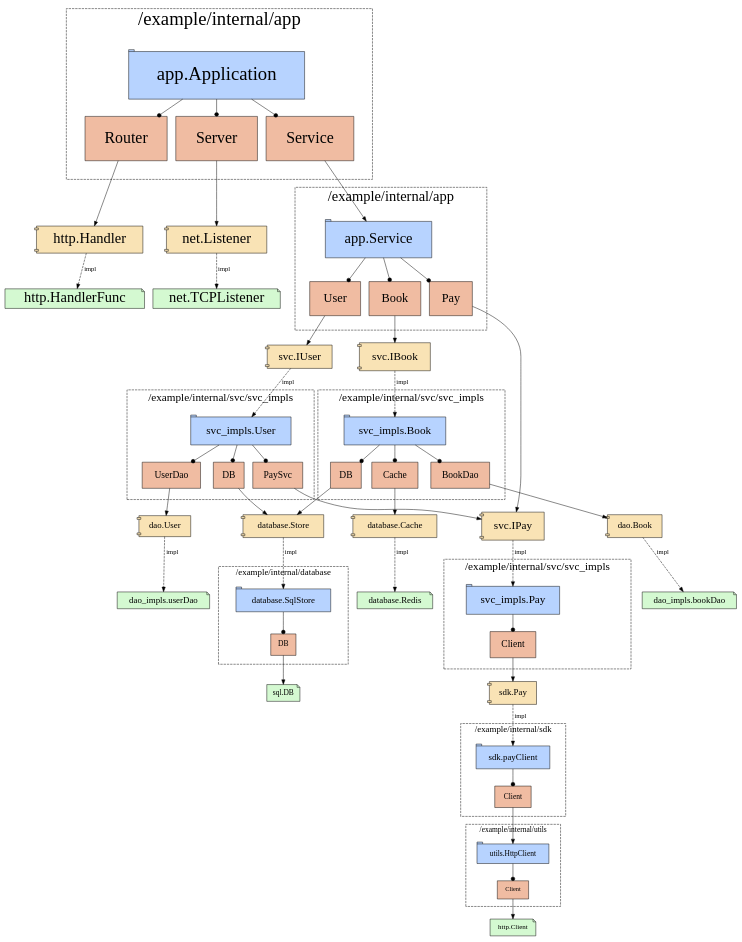
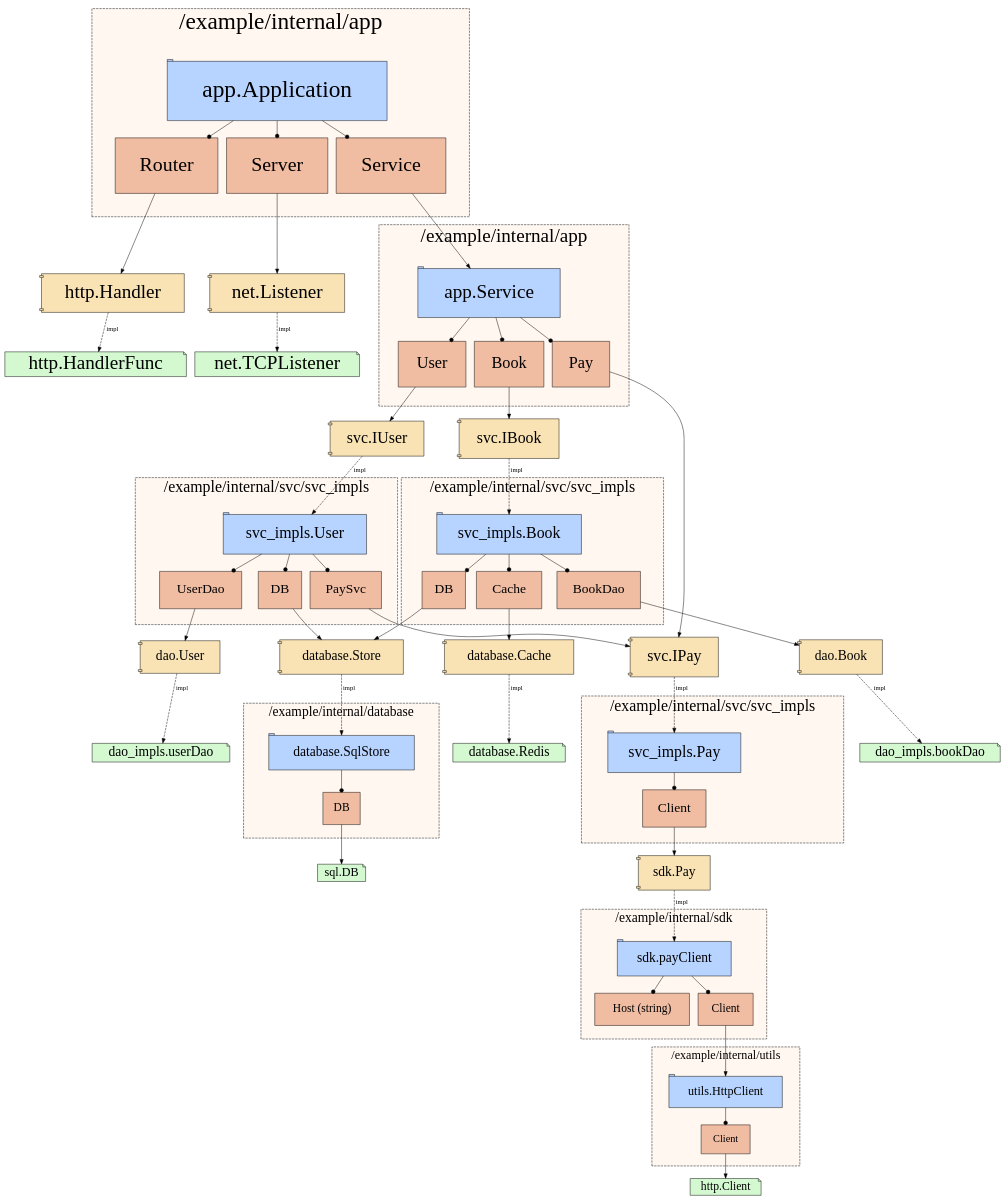
The diagram in example/test.dot (Just-maple/structgraph), drawn with Graphviz before and after one commit. The commit also changed 6 other files, not shown here.

```diff
--- a/example/test.dot
+++ b/example/test.dot
@@ -1,185 +1,198 @@
 digraph Application {
 	"app.Application"->"app.Application:Router"[ arrowhead=dot ];
 	"app.Application:Router"->"http.Handler";
 	"http.Handler"->"http.HandlerFunc"[ label=impl, style=dashed ];
 	"app.Application"->"app.Application:Server"[ arrowhead=dot ];
 	"app.Application:Server"->"net.Listener";
 	"net.Listener"->"net.TCPListener"[ label=impl, style=dashed ];
 	"app.Application"->"app.Application:Service"[ arrowhead=dot ];
 	"app.Application:Service"->"app.Service";
 	"app.Service"->"app.Service:User"[ arrowhead=dot ];
 	"app.Service:User"->"svc.IUser";
 	"svc.IUser"->"svc_impls.User"[ label=impl, style=dashed ];
 	"svc_impls.User"->"svc_impls.User:UserDao"[ arrowhead=dot ];
 	"svc_impls.User:UserDao"->"dao.User";
 	"dao.User"->"dao_impls.userDao"[ label=impl, style=dashed ];
 	"svc_impls.User"->"svc_impls.User:DB"[ arrowhead=dot ];
 	"svc_impls.User:DB"->"database.Store";
 	"database.Store"->"database.SqlStore"[ label=impl, style=dashed ];
 	"database.SqlStore"->"database.SqlStore:DB"[ arrowhead=dot ];
 	"database.SqlStore:DB"->"sql.DB";
 	"svc_impls.User"->"svc_impls.User:PaySvc"[ arrowhead=dot ];
 	"svc_impls.User:PaySvc"->"svc.IPay";
 	"svc.IPay"->"svc_impls.Pay"[ label=impl, style=dashed ];
 	"svc_impls.Pay"->"svc_impls.Pay:Client"[ arrowhead=dot ];
 	"svc_impls.Pay:Client"->"sdk.Pay";
 	"sdk.Pay"->"sdk.payClient"[ label=impl, style=dashed ];
+	"sdk.payClient"->"sdk.payClient:Host (string)"[ arrowhead=dot ];
 	"sdk.payClient"->"sdk.payClient:Client"[ arrowhead=dot ];
 	"sdk.payClient:Client"->"utils.HttpClient";
 	"utils.HttpClient"->"utils.HttpClient:Client"[ arrowhead=dot ];
 	"utils.HttpClient:Client"->"http.Client";
 	"app.Service"->"app.Service:Book"[ arrowhead=dot ];
 	"app.Service:Book"->"svc.IBook";
 	"svc.IBook"->"svc_impls.Book"[ label=impl, style=dashed ];
 	"svc_impls.Book"->"svc_impls.Book:DB"[ arrowhead=dot ];
 	"svc_impls.Book:DB"->"database.Store";
 	"svc_impls.Book"->"svc_impls.Book:Cache"[ arrowhead=dot ];
 	"svc_impls.Book:Cache"->"database.Cache";
 	"database.Cache"->"database.Redis"[ label=impl, style=dashed ];
 	"svc_impls.Book"->"svc_impls.Book:BookDao"[ arrowhead=dot ];
 	"svc_impls.Book:BookDao"->"dao.Book";
 	"dao.Book"->"dao_impls.bookDao"[ label=impl, style=dashed ];
 	"app.Service"->"app.Service:Pay"[ arrowhead=dot ];
 	"app.Service:Pay"->"svc.IPay";
 	subgraph "cluster_app.Application" {
-	fontsize=40;
+	fillcolor="#fff7f0";
+	fontsize=50;
 	label="/example/internal/app";
 	labelloc=t;
-	margin=40;
-	style=dashed;
-	"app.Application" [ fillcolor="#b7d3ff", fontsize=40, margin=0.4, shape=tab, style="filled" ];
-	"app.Application:Router" [ fillcolor="#f0bca2", fontsize=34, label=Router, margin=0.4, shape=box, style="filled" ];
-	"app.Application:Server" [ fillcolor="#f0bca2", fontsize=34, label=Server, margin=0.4, shape=box, style="filled" ];
-	"app.Application:Service" [ fillcolor="#f0bca2", fontsize=34, label=Service, margin=0.4, shape=box, style="filled" ];
+	margin=50;
+	style="dashed,filled";
+	"app.Application" [ fillcolor="#b7d3ff", fontsize=50, margin=0.5, shape=tab, style="filled" ];
+	"app.Application:Router" [ fillcolor="#f0bca2", fontsize=42.5, label="Router", margin=0.5, shape=box, style="filled" ];
+	"app.Application:Server" [ fillcolor="#f0bca2", fontsize=42.5, label="Server", margin=0.5, shape=box, style="filled" ];
+	"app.Application:Service" [ fillcolor="#f0bca2", fontsize=42.5, label="Service", margin=0.5, shape=box, style="filled" ];
 
 }
 ;
 	subgraph "cluster_app.Service" {
-	fontsize=31;
+	fillcolor="#fff7f0";
+	fontsize=41;
 	label="/example/internal/app";
 	labelloc=t;
-	margin=31;
-	style=dashed;
-	"app.Service" [ fillcolor="#b7d3ff", fontsize=31, margin=0.31, shape=tab, style="filled" ];
-	"app.Service:Book" [ fillcolor="#f0bca2", fontsize=26.349999999999998, label=Book, margin=0.31, shape=box, style="filled" ];
-	"app.Service:Pay" [ fillcolor="#f0bca2", fontsize=26.349999999999998, label=Pay, margin=0.31, shape=box, style="filled" ];
-	"app.Service:User" [ fillcolor="#f0bca2", fontsize=26.349999999999998, label=User, margin=0.31, shape=box, style="filled" ];
+	margin=41;
+	style="dashed,filled";
+	"app.Service" [ fillcolor="#b7d3ff", fontsize=41, margin=0.41000000000000003, shape=tab, style="filled" ];
+	"app.Service:Book" [ fillcolor="#f0bca2", fontsize=34.85, label="Book", margin=0.41000000000000003, shape=box, style="filled" ];
+	"app.Service:Pay" [ fillcolor="#f0bca2", fontsize=34.85, label="Pay", margin=0.41000000000000003, shape=box, style="filled" ];
+	"app.Service:User" [ fillcolor="#f0bca2", fontsize=34.85, label="User", margin=0.41000000000000003, shape=box, style="filled" ];
 
 }
 ;
 	subgraph "cluster_dao_impls.bookDao" {
-	fontsize=19;
+	fillcolor="#fff7f0";
+	fontsize=29;
 	label="/example/internal/dao/dao_impls";
 	labelloc=t;
-	margin=19;
-	style=dashed;
+	margin=29;
+	style="dashed,filled";
 
 }
 ;
 	subgraph "cluster_dao_impls.userDao" {
-	fontsize=19;
+	fillcolor="#fff7f0";
+	fontsize=29;
 	label="/example/internal/dao/dao_impls";
 	labelloc=t;
-	margin=19;
-	style=dashed;
+	margin=29;
+	style="dashed,filled";
 
 }
 ;
 	subgraph "cluster_database.Redis" {
-	fontsize=19;
+	fillcolor="#fff7f0";
+	fontsize=29;
 	label="/example/internal/database";
 	labelloc=t;
-	margin=19;
-	style=dashed;
+	margin=29;
+	style="dashed,filled";
 
 }
 ;
 	subgraph "cluster_database.SqlStore" {
-	fontsize=19;
+	fillcolor="#fff7f0";
+	fontsize=29;
 	label="/example/internal/database";
 	labelloc=t;
-	margin=19;
-	style=dashed;
-	"database.SqlStore" [ fillcolor="#b7d3ff", fontsize=19, margin=0.19, shape=tab, style="filled" ];
-	"database.SqlStore:DB" [ fillcolor="#f0bca2", fontsize=16.15, label=DB, margin=0.19, shape=box, style="filled" ];
+	margin=29;
+	style="dashed,filled";
+	"database.SqlStore" [ fillcolor="#b7d3ff", fontsize=29, margin=0.29, shape=tab, style="filled" ];
+	"database.SqlStore:DB" [ fillcolor="#f0bca2", fontsize=24.65, label="DB", margin=0.29, shape=box, style="filled" ];
 
 }
 ;
 	subgraph "cluster_sdk.payClient" {
-	fontsize=19;
+	fillcolor="#fff7f0";
+	fontsize=29;
 	label="/example/internal/sdk";
 	labelloc=t;
-	margin=19;
-	style=dashed;
-	"sdk.payClient" [ fillcolor="#b7d3ff", fontsize=19, margin=0.19, shape=tab, style="filled" ];
-	"sdk.payClient:Client" [ fillcolor="#f0bca2", fontsize=16.15, label=Client, margin=0.19, shape=box, style="filled" ];
+	margin=29;
+	style="dashed,filled";
+	"sdk.payClient" [ fillcolor="#b7d3ff", fontsize=29, margin=0.29, shape=tab, style="filled" ];
+	"sdk.payClient:Client" [ fillcolor="#f0bca2", fontsize=24.65, label="Client", margin=0.29, shape=box, style="filled" ];
+	"sdk.payClient:Host (string)" [ fillcolor="#f0bca2", fontsize=24.65, label="Host (string)", margin=0.29, shape=box, style="filled" ];
 
 }
 ;
 	subgraph "cluster_svc_impls.Book" {
-	fontsize=24;
+	fillcolor="#fff7f0";
+	fontsize=34;
 	label="/example/internal/svc/svc_impls";
 	labelloc=t;
-	margin=24;
-	style=dashed;
-	"svc_impls.Book" [ fillcolor="#b7d3ff", fontsize=24, margin=0.24, shape=tab, style="filled" ];
-	"svc_impls.Book:BookDao" [ fillcolor="#f0bca2", fontsize=20.4, label=BookDao, margin=0.24, shape=box, style="filled" ];
-	"svc_impls.Book:Cache" [ fillcolor="#f0bca2", fontsize=20.4, label=Cache, margin=0.24, shape=box, style="filled" ];
-	"svc_impls.Book:DB" [ fillcolor="#f0bca2", fontsize=20.4, label=DB, margin=0.24, shape=box, style="filled" ];
+	margin=34;
+	style="dashed,filled";
+	"svc_impls.Book" [ fillcolor="#b7d3ff", fontsize=34, margin=0.34, shape=tab, style="filled" ];
+	"svc_impls.Book:BookDao" [ fillcolor="#f0bca2", fontsize=28.9, label="BookDao", margin=0.34, shape=box, style="filled" ];
+	"svc_impls.Book:Cache" [ fillcolor="#f0bca2", fontsize=28.9, label="Cache", margin=0.34, shape=box, style="filled" ];
+	"svc_impls.Book:DB" [ fillcolor="#f0bca2", fontsize=28.9, label="DB", margin=0.34, shape=box, style="filled" ];
 
 }
 ;
 	subgraph "cluster_svc_impls.Pay" {
-	fontsize=24;
+	fillcolor="#fff7f0";
+	fontsize=34;
 	label="/example/internal/svc/svc_impls";
 	labelloc=t;
-	margin=24;
-	style=dashed;
-	"svc_impls.Pay" [ fillcolor="#b7d3ff", fontsize=24, margin=0.24, shape=tab, style="filled" ];
-	"svc_impls.Pay:Client" [ fillcolor="#f0bca2", fontsize=20.4, label=Client, margin=0.24, shape=box, style="filled" ];
+	margin=34;
+	style="dashed,filled";
+	"svc_impls.Pay" [ fillcolor="#b7d3ff", fontsize=34, margin=0.34, shape=tab, style="filled" ];
+	"svc_impls.Pay:Client" [ fillcolor="#f0bca2", fontsize=28.9, label="Client", margin=0.34, shape=box, style="filled" ];
 
 }
 ;
 	subgraph "cluster_svc_impls.User" {
-	fontsize=24;
+	fillcolor="#fff7f0";
+	fontsize=34;
 	label="/example/internal/svc/svc_impls";
 	labelloc=t;
-	margin=24;
-	style=dashed;
-	"svc_impls.User" [ fillcolor="#b7d3ff", fontsize=24, margin=0.24, shape=tab, style="filled" ];
-	"svc_impls.User:DB" [ fillcolor="#f0bca2", fontsize=20.4, label=DB, margin=0.24, shape=box, style="filled" ];
-	"svc_impls.User:PaySvc" [ fillcolor="#f0bca2", fontsize=20.4, label=PaySvc, margin=0.24, shape=box, style="filled" ];
-	"svc_impls.User:UserDao" [ fillcolor="#f0bca2", fontsize=20.4, label=UserDao, margin=0.24, shape=box, style="filled" ];
+	margin=34;
+	style="dashed,filled";
+	"svc_impls.User" [ fillcolor="#b7d3ff", fontsize=34, margin=0.34, shape=tab, style="filled" ];
+	"svc_impls.User:DB" [ fillcolor="#f0bca2", fontsize=28.9, label="DB", margin=0.34, shape=box, style="filled" ];
+	"svc_impls.User:PaySvc" [ fillcolor="#f0bca2", fontsize=28.9, label="PaySvc", margin=0.34, shape=box, style="filled" ];
+	"svc_impls.User:UserDao" [ fillcolor="#f0bca2", fontsize=28.9, label="UserDao", margin=0.34, shape=box, style="filled" ];
 
 }
 ;
 	subgraph "cluster_utils.HttpClient" {
-	fontsize=16;
+	fillcolor="#fff7f0";
+	fontsize=26;
 	label="/example/internal/utils";
 	labelloc=t;
-	margin=16;
-	style=dashed;
-	"utils.HttpClient" [ fillcolor="#b7d3ff", fontsize=16, margin=0.16, shape=tab, style="filled" ];
-	"utils.HttpClient:Client" [ fillcolor="#f0bca2", fontsize=13.6, label=Client, margin=0.16, shape=box, style="filled" ];
+	margin=26;
+	style="dashed,filled";
+	"utils.HttpClient" [ fillcolor="#b7d3ff", fontsize=26, margin=0.26, shape=tab, style="filled" ];
+	"utils.HttpClient:Client" [ fillcolor="#f0bca2", fontsize=22.099999999999998, label="Client", margin=0.26, shape=box, style="filled" ];
 
 }
 ;
-	"dao.Book" [ fillcolor="#f9e3b5", fontsize=19, label="dao.Book", margin=0.19, shape=component, style="filled" ];
-	"dao.User" [ fillcolor="#f9e3b5", fontsize=19, label="dao.User", margin=0.16, shape=component, style="filled" ];
-	"dao_impls.bookDao" [ fillcolor="#d4f9d1", fontsize=19, shape=note, style="filled" ];
-	"dao_impls.userDao" [ fillcolor="#d4f9d1", fontsize=19, shape=note, style="filled" ];
-	"database.Cache" [ fillcolor="#f9e3b5", fontsize=19, label="database.Cache", margin=0.19, shape=component, style="filled" ];
-	"database.Redis" [ fillcolor="#d4f9d1", fontsize=19, shape=note, style="filled" ];
-	"database.Store" [ fillcolor="#f9e3b5", fontsize=19, label="database.Store", margin=0.19, shape=component, style="filled" ];
-	"http.Client" [ fillcolor="#d4f9d1", fontsize=15, shape=note, style="filled" ];
-	"http.Handler" [ fillcolor="#f9e3b5", fontsize=31, label="http.Handler", margin=0.16, shape=component, style="filled" ];
-	"http.HandlerFunc" [ fillcolor="#d4f9d1", fontsize=31, shape=note, style="filled" ];
-	"net.Listener" [ fillcolor="#f9e3b5", fontsize=31, label="net.Listener", margin=0.16, shape=component, style="filled" ];
-	"net.TCPListener" [ fillcolor="#d4f9d1", fontsize=31, shape=note, style="filled" ];
-	"sdk.Pay" [ fillcolor="#f9e3b5", fontsize=19, label="sdk.Pay", margin=0.19, shape=component, style="filled" ];
-	"sql.DB" [ fillcolor="#d4f9d1", fontsize=16, shape=note, style="filled" ];
-	"svc.IBook" [ fillcolor="#f9e3b5", fontsize=24, label="svc.IBook", margin=0.24, shape=component, style="filled" ];
-	"svc.IPay" [ fillcolor="#f9e3b5", fontsize=24, label="svc.IPay", margin=0.24, shape=component, style="filled" ];
-	"svc.IUser" [ fillcolor="#f9e3b5", fontsize=24, label="svc.IUser", margin=0.16, shape=component, style="filled" ];
+	"dao.Book" [ fillcolor="#f9e3b5", fontsize=29, label="dao.Book", margin=0.29, shape=component, style="filled" ];
+	"dao.User" [ fillcolor="#f9e3b5", fontsize=29, label="dao.User", margin=0.26, shape=component, style="filled" ];
+	"dao_impls.bookDao" [ fillcolor="#d4f9d1", fontsize=29, shape=note, style="filled" ];
+	"dao_impls.userDao" [ fillcolor="#d4f9d1", fontsize=29, shape=note, style="filled" ];
+	"database.Cache" [ fillcolor="#f9e3b5", fontsize=29, label="database.Cache", margin=0.29, shape=component, style="filled" ];
+	"database.Redis" [ fillcolor="#d4f9d1", fontsize=29, shape=note, style="filled" ];
+	"database.Store" [ fillcolor="#f9e3b5", fontsize=29, label="database.Store", margin=0.29, shape=component, style="filled" ];
+	"http.Client" [ fillcolor="#d4f9d1", fontsize=25, shape=note, style="filled" ];
+	"http.Handler" [ fillcolor="#f9e3b5", fontsize=41, label="http.Handler", margin=0.26, shape=component, style="filled" ];
+	"http.HandlerFunc" [ fillcolor="#d4f9d1", fontsize=41, shape=note, style="filled" ];
+	"net.Listener" [ fillcolor="#f9e3b5", fontsize=41, label="net.Listener", margin=0.26, shape=component, style="filled" ];
+	"net.TCPListener" [ fillcolor="#d4f9d1", fontsize=41, shape=note, style="filled" ];
+	"sdk.Pay" [ fillcolor="#f9e3b5", fontsize=29, label="sdk.Pay", margin=0.29, shape=component, style="filled" ];
+	"sql.DB" [ fillcolor="#d4f9d1", fontsize=26, shape=note, style="filled" ];
+	"svc.IBook" [ fillcolor="#f9e3b5", fontsize=34, label="svc.IBook", margin=0.34, shape=component, style="filled" ];
+	"svc.IPay" [ fillcolor="#f9e3b5", fontsize=34, label="svc.IPay", margin=0.34, shape=component, style="filled" ];
+	"svc.IUser" [ fillcolor="#f9e3b5", fontsize=34, label="svc.IUser", margin=0.26, shape=component, style="filled" ];
 
 }
```
